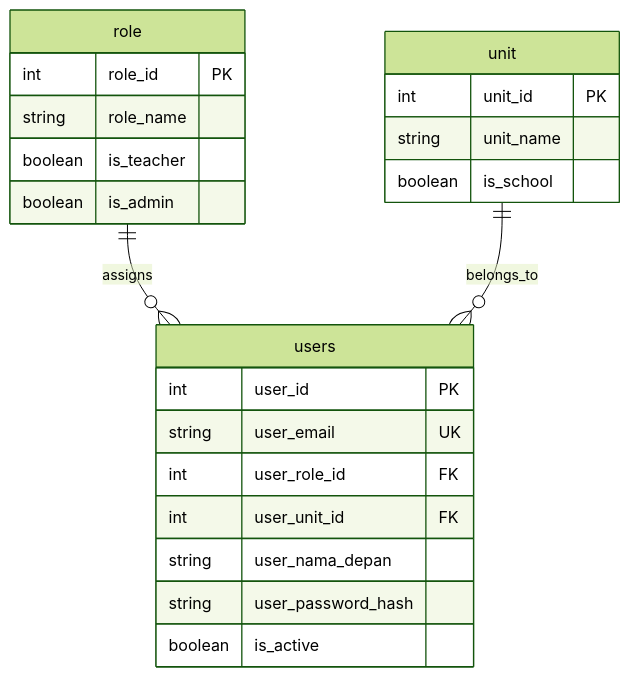
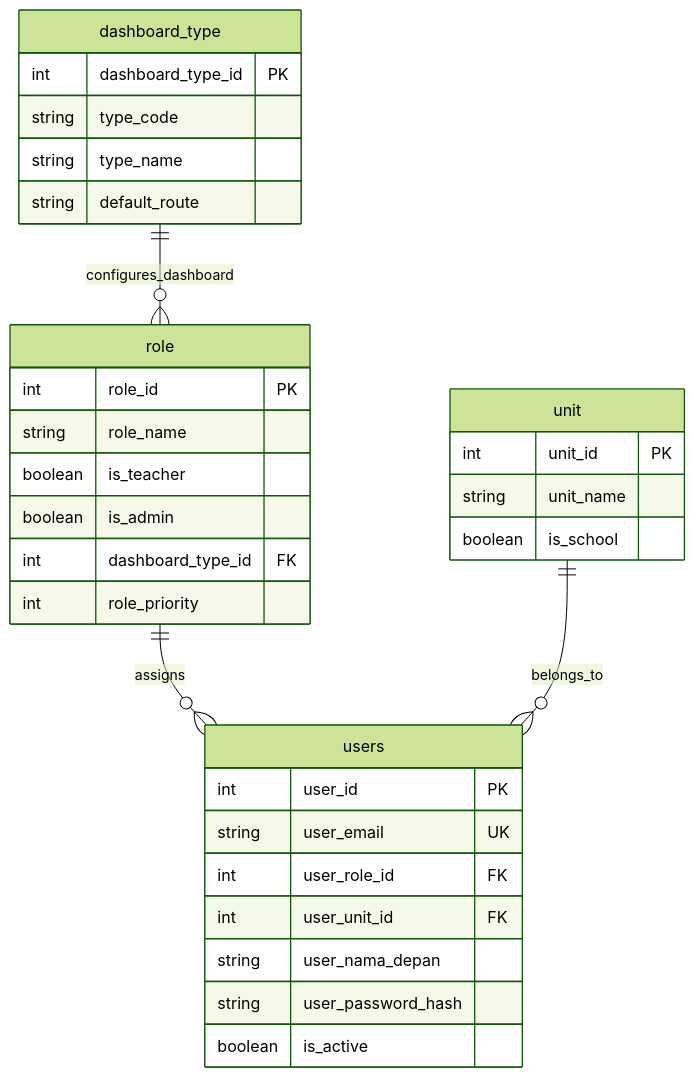
Before and after one commit to hanskristianw/school-admin: the first of 5 diagrams in DATABASE_SCHEMA.md, drawn with Mermaid (forest theme). The commit also changed other lines of this file and 9 other files, not shown here.

````diff
--- a/DATABASE_SCHEMA.md
+++ b/DATABASE_SCHEMA.md
@@ -65,28 +79,38 @@
 ```mermaid
 erDiagram
+    dashboard_type ||--o{ role : "configures_dashboard"
     role ||--o{ users : "assigns"
     unit ||--o{ users : "belongs_to"
     
+    dashboard_type {
+        int dashboard_type_id PK
+        string type_code
+        string type_name
+        string default_route
+    }
+
     role {
         int role_id PK
         string role_name
         boolean is_teacher
         boolean is_admin
+        int dashboard_type_id FK
+        int role_priority
     }
     
     unit {
         int unit_id PK
         string unit_name
         boolean is_school
     }
     
     users {
         int user_id PK
         string user_email UK
         int user_role_id FK
         int user_unit_id FK
         string user_nama_depan
         string user_password_hash
         boolean is_active
     }
 ```
````
